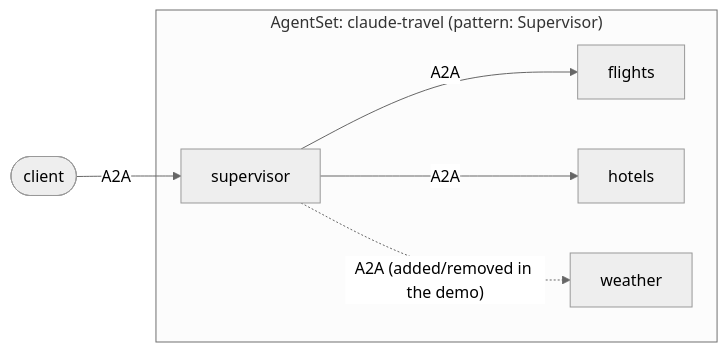
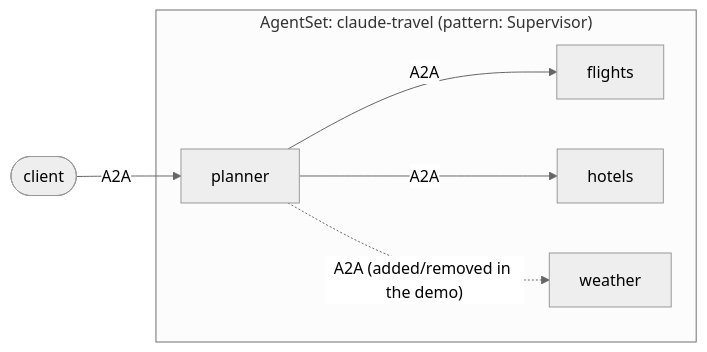
One commit to kynoproj/kynomesh-examples changed the first of 2 diagrams in claude-agent-sdk/dynamic-peers/README.md. Above: the diagram before and after it, drawn with Mermaid (neutral theme). The commit also changed other lines of this file and 46 other files, not shown here.

````diff
--- a/claude-agent-sdk/dynamic-peers/README.md
+++ b/claude-agent-sdk/dynamic-peers/README.md
@@ -10,9 +10,9 @@
 ```mermaid
 flowchart LR
-    client([client]) -- A2A --> supervisor
+    client([client]) -- A2A --> planner
     subgraph AgentSet["AgentSet: claude-travel (pattern: Supervisor)"]
-        supervisor -- A2A --> flights
-        supervisor -- A2A --> hotels
-        supervisor -. "A2A (added/removed in the demo)" .-> weather
+        planner -- A2A --> flights
+        planner -- A2A --> hotels
+        planner -. "A2A (added/removed in the demo)" .-> weather
     end
 ```
````
